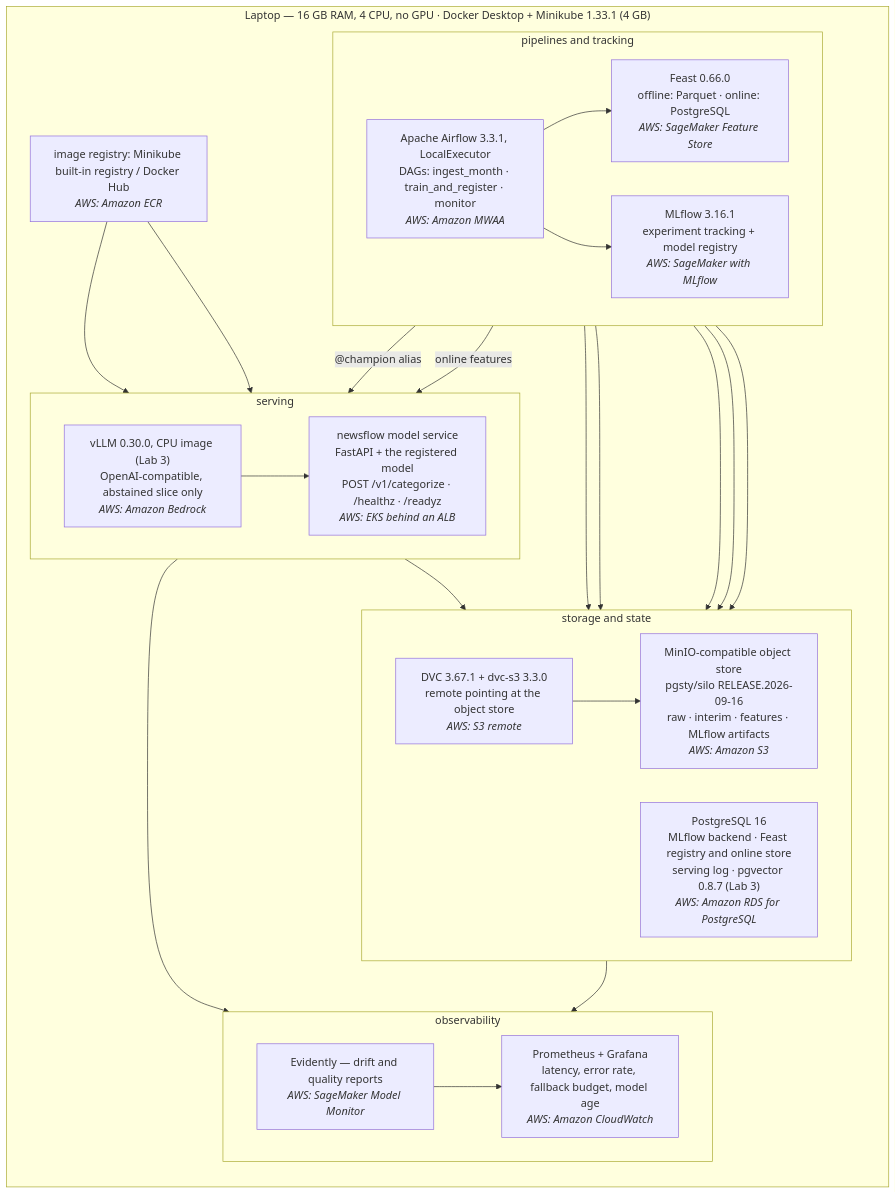
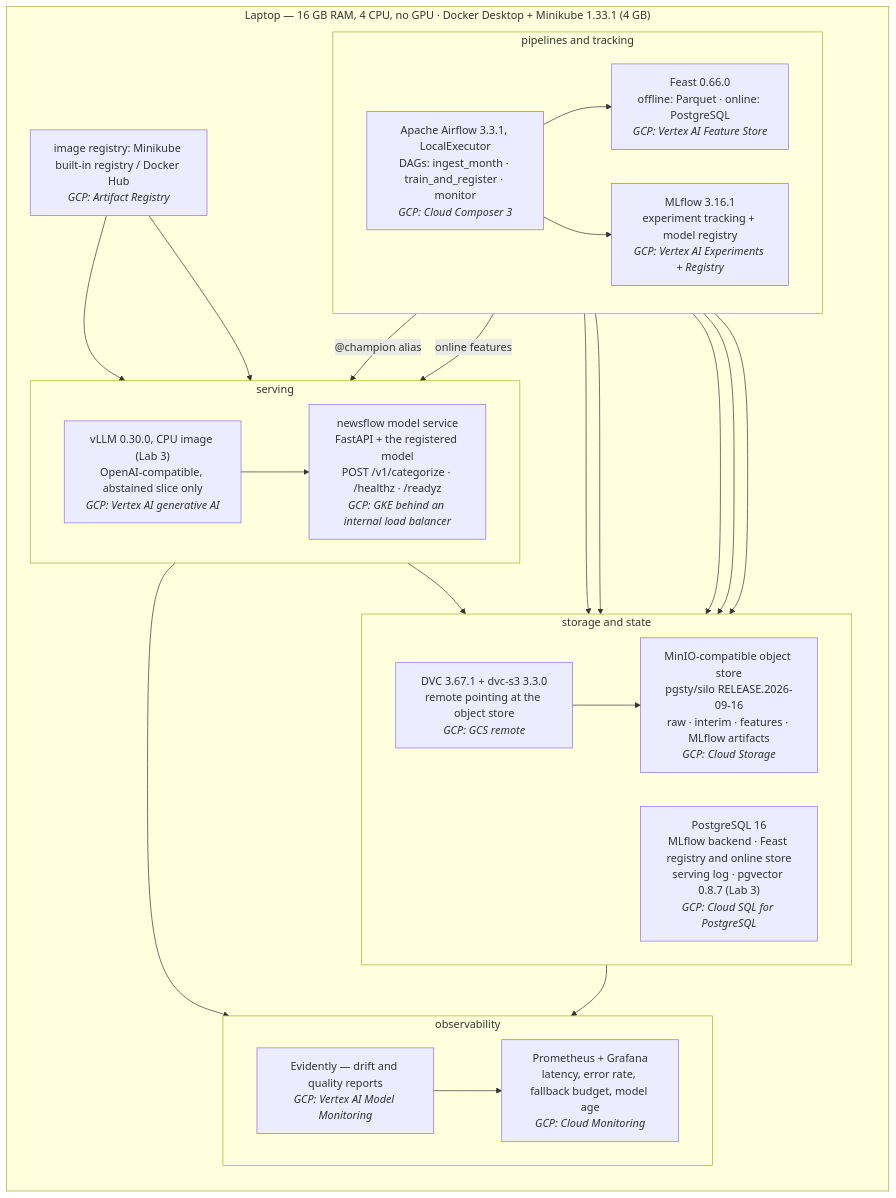
Before and after one commit to MoisieievVasya/mlops: the third of 3 diagrams in docs/design.md, drawn with Mermaid. The commit also changed other lines of this file and 2 other files, not shown here.

First line of the commit message:
infra variant: GCP as the named cloud column

````diff
--- a/docs/design.md
+++ b/docs/design.md
@@ -482,52 +482,52 @@
 ```mermaid
 flowchart TB
     subgraph LAPTOP["Laptop — 16 GB RAM, 4 CPU, no GPU · Docker Desktop + Minikube 1.33.1 (4 GB)"]
       direction TB
 
       subgraph STORE["storage and state"]
         direction LR
-        MINIO["MinIO-compatible object store<br/>pgsty/silo RELEASE.2026-09-16<br/>raw · interim · features · MLflow artifacts<br/><i>AWS: Amazon S3</i>"]
-        PG["PostgreSQL 16<br/>MLflow backend · Feast registry and online store<br/>serving log · pgvector 0.8.7 (Lab 3)<br/><i>AWS: Amazon RDS for PostgreSQL</i>"]
-        DVC["DVC 3.67.1 + dvc-s3 3.3.0<br/>remote pointing at the object store<br/><i>AWS: S3 remote</i>"]
+        MINIO["MinIO-compatible object store<br/>pgsty/silo RELEASE.2026-09-16<br/>raw · interim · features · MLflow artifacts<br/><i>GCP: Cloud Storage</i>"]
+        PG["PostgreSQL 16<br/>MLflow backend · Feast registry and online store<br/>serving log · pgvector 0.8.7 (Lab 3)<br/><i>GCP: Cloud SQL for PostgreSQL</i>"]
+        DVC["DVC 3.67.1 + dvc-s3 3.3.0<br/>remote pointing at the object store<br/><i>GCP: GCS remote</i>"]
       end
 
       subgraph PIPE["pipelines and tracking"]
         direction LR
-        AF["Apache Airflow 3.3.1, LocalExecutor<br/>DAGs: ingest_month · train_and_register · monitor<br/><i>AWS: Amazon MWAA</i>"]
-        MLF["MLflow 3.16.1<br/>experiment tracking + model registry<br/><i>AWS: SageMaker with MLflow</i>"]
-        FEAST["Feast 0.66.0<br/>offline: Parquet · online: PostgreSQL<br/><i>AWS: SageMaker Feature Store</i>"]
+        AF["Apache Airflow 3.3.1, LocalExecutor<br/>DAGs: ingest_month · train_and_register · monitor<br/><i>GCP: Cloud Composer 3</i>"]
+        MLF["MLflow 3.16.1<br/>experiment tracking + model registry<br/><i>GCP: Vertex AI Experiments + Registry</i>"]
+        FEAST["Feast 0.66.0<br/>offline: Parquet · online: PostgreSQL<br/><i>GCP: Vertex AI Feature Store</i>"]
       end
 
       subgraph SERVE["serving"]
         direction LR
-        API["newsflow model service<br/>FastAPI + the registered model<br/>POST /v1/categorize · /healthz · /readyz<br/><i>AWS: EKS behind an ALB</i>"]
-        VLLM["vLLM 0.30.0, CPU image (Lab 3)<br/>OpenAI-compatible, abstained slice only<br/><i>AWS: Amazon Bedrock</i>"]
+        API["newsflow model service<br/>FastAPI + the registered model<br/>POST /v1/categorize · /healthz · /readyz<br/><i>GCP: GKE behind an internal load balancer</i>"]
+        VLLM["vLLM 0.30.0, CPU image (Lab 3)<br/>OpenAI-compatible, abstained slice only<br/><i>GCP: Vertex AI generative AI</i>"]
       end
 
       subgraph OBS["observability"]
         direction LR
-        EV["Evidently — drift and quality reports<br/><i>AWS: SageMaker Model Monitor</i>"]
-        PROM["Prometheus + Grafana<br/>latency, error rate, fallback budget, model age<br/><i>AWS: Amazon CloudWatch</i>"]
+        EV["Evidently — drift and quality reports<br/><i>GCP: Vertex AI Model Monitoring</i>"]
+        PROM["Prometheus + Grafana<br/>latency, error rate, fallback budget, model age<br/><i>GCP: Cloud Monitoring</i>"]
       end
 
-      REG["image registry: Minikube built-in registry / Docker Hub<br/><i>AWS: Amazon ECR</i>"]
+      REG["image registry: Minikube built-in registry / Docker Hub<br/><i>GCP: Artifact Registry</i>"]
     end
 
     AF --> MINIO
     AF --> PG
     DVC --> MINIO
     AF --> FEAST
     AF --> MLF
     MLF --> PG
     MLF --> MINIO
     FEAST --> PG
     MLF -->|"@champion alias"| API
     FEAST -->|"online features"| API
     API --> PG
     VLLM --> API
     API --> PROM
     PG --> EV
     EV --> PROM
     REG --> API
     REG --> VLLM
 ```
````
